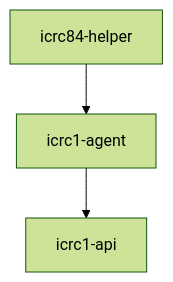
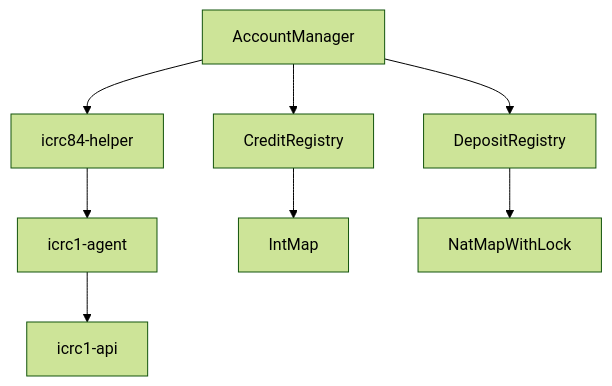
Before and after one commit to research-ag/token-handler: the diagram in README.md, drawn with Mermaid (forest theme). The commit also changed 2 other files, not shown here.

Commit message:
DepositRegistry
Bundle the deposit registry map (NatMapWithLock) with the deposit
fee together.
Removes ledgerFee_ variable in AccountManager which only duplicated
the Ledger.fee() value.

````diff
--- a/README.md
+++ b/README.md
@@ -157,5 +157,9 @@
 ```mermaid
 flowchart TD
   A[icrc84-helper] --> B[icrc1-agent]
   B --> C[icrc1-api]
+  D[CreditRegistry] --> E[IntMap]
+  F[AccountManager] --> G[DepositRegistry] --> H[NatMapWithLock]
+  F --> D
+  F --> A
 ```
````
